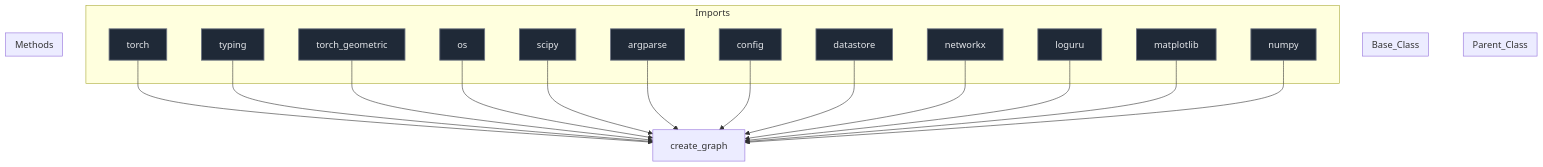
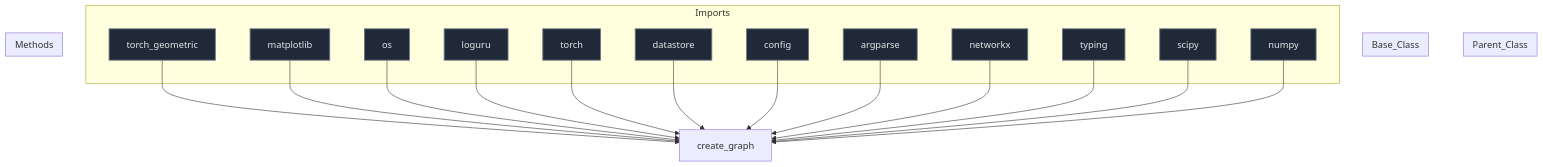
One commit to mllam/neural-lam changed the diagram in docs/diagrams/create_graph_diagram.md. Above: the diagram before and after it, drawn with Mermaid. The commit also changed 18 other files, not shown here.

Commit message:
Auto-update Mermaid diagrams

````diff
--- a/docs/diagrams/create_graph_diagram.md
+++ b/docs/diagrams/create_graph_diagram.md
@@ -1,53 +1,53 @@
 ```mermaid
 %%{init: {'flowchart': {'nodeSpacing': 60, 'rankSpacing': 80}}}%%
 flowchart TD
 
 module["create_graph"]
 
 subgraph Parent_Class
 end
 
 subgraph Base_Class
 end
 
 
 subgraph Imports
+    torch_geometric["torch_geometric"]
+    matplotlib["matplotlib"]
+    os["os"]
+    loguru["loguru"]
     torch["torch"]
+    datastore["datastore"]
+    config["config"]
+    argparse["argparse"]
+    networkx["networkx"]
     typing["typing"]
-    torch_geometric["torch_geometric"]
-    os["os"]
     scipy["scipy"]
-    argparse["argparse"]
-    config["config"]
-    datastore["datastore"]
-    networkx["networkx"]
-    loguru["loguru"]
-    matplotlib["matplotlib"]
     numpy["numpy"]
 end
 
+    torch_geometric --> module
+    matplotlib --> module
+    os --> module
+    loguru --> module
     torch --> module
+    datastore --> module
+    config --> module
+    argparse --> module
+    networkx --> module
     typing --> module
-    torch_geometric --> module
-    os --> module
     scipy --> module
-    argparse --> module
-    config --> module
-    datastore --> module
-    networkx --> module
-    loguru --> module
-    matplotlib --> module
     numpy --> module
 
 subgraph Methods
 end
 
 
 classDef parent fill:#0f172a,stroke:#3b82f6,stroke-width:2px,color:#f1f5f9,font-size:16px
 classDef base fill:#78350f,stroke:#f59e0b,stroke-width:1px,color:#fde68a,font-size:16px
 classDef import fill:#1f2937,stroke:#6b7280,stroke-width:1.5px,color:#e5e7eb,font-size:16px
 classDef method fill:#2d043f,stroke:#7c3aed,stroke-width:1.5px,color:#ede9fe,font-size:16px
 classDef callNode fill:#064e3b,stroke:#10b981,stroke-width:1.5px,color:#d1fae5,font-size:16px
-class torch,typing,torch_geometric,os,scipy,argparse,config,datastore,networkx,loguru,matplotlib,numpy import
+class torch_geometric,matplotlib,os,loguru,torch,datastore,config,argparse,networkx,typing,scipy,numpy import
 
 ```
````
